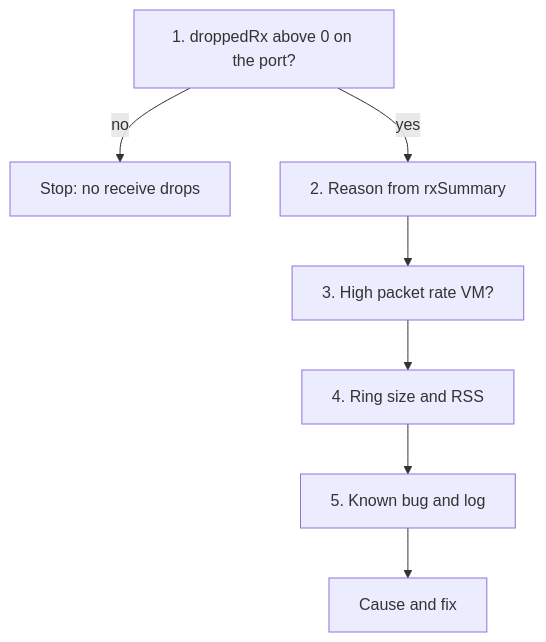
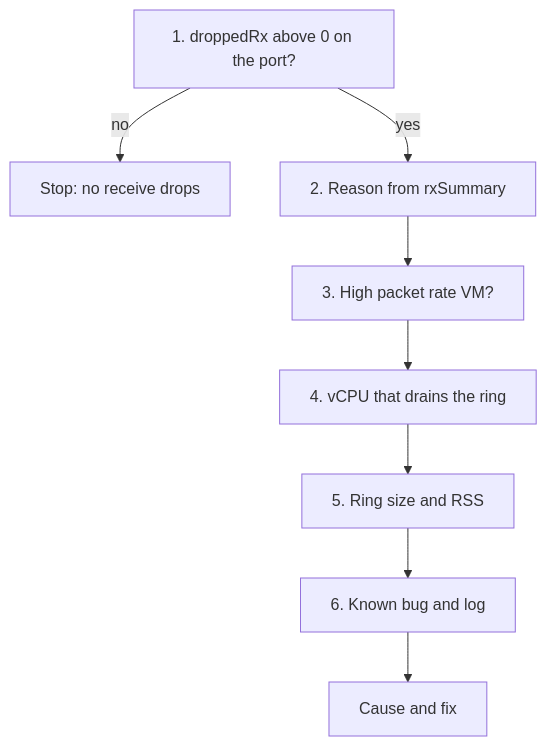
The diagram in knowledge/vsphere/technology/network/vnic-rx-drops.md (e1-rahabok/agent-e2), drawn with Mermaid before and after one commit. The commit also changed other lines of this file and 279 other files, not shown here.

````diff
--- a/knowledge/vsphere/technology/network/vnic-rx-drops.md
+++ b/knowledge/vsphere/technology/network/vnic-rx-drops.md
@@ -8,9 +8,10 @@
 ```mermaid
 flowchart TD
   S1[1. droppedRx above 0 on the port?] -->|no| E1[Stop: no receive drops]
   S1 -->|yes| S2[2. Reason from rxSummary]
   S2 --> S3[3. High packet rate VM?]
-  S3 --> S4[4. Ring size and RSS]
-  S4 --> S5[5. Known bug and log]
-  S5 --> E5[Cause and fix]
+  S3 --> S4[4. vCPU that drains the ring]
+  S4 --> S5[5. Ring size and RSS]
+  S5 --> S6[6. Known bug and log]
+  S6 --> E6[Cause and fix]
 ```
````
